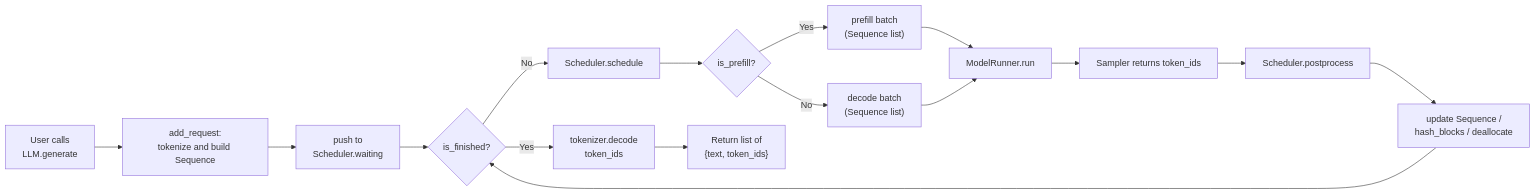
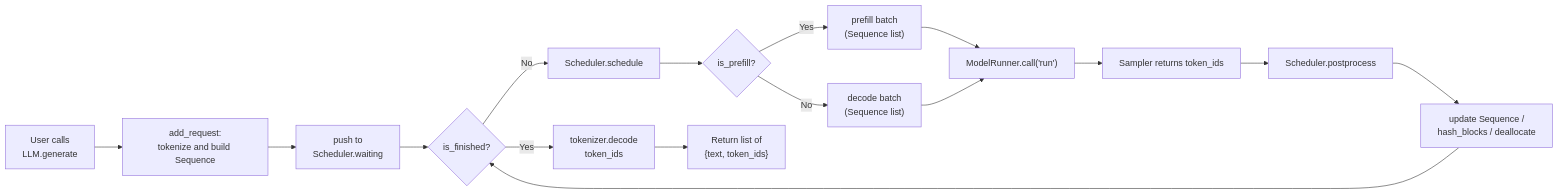
Before and after one commit to ForceInjection/nano-vllm: the fourth of 6 diagrams in docs/llm-inference-visual/slides/slides.01.md, drawn with Mermaid. The commit also changed other lines of this file and 8 other files, not shown here.

````diff
--- a/docs/llm-inference-visual/slides/slides.01.md
+++ b/docs/llm-inference-visual/slides/slides.01.md
@@ -387,18 +387,18 @@
 ```mermaid {scale: 0.33}
 flowchart LR
     A["User calls<br/>LLM.generate"] --> B["add_request:<br/>tokenize and build Sequence"]
     B --> C["push to<br/>Scheduler.waiting"]
     C --> D{is_finished?}
     D -- No --> E["Scheduler.schedule"]
     E --> F{is_prefill?}
     F -- Yes --> G["prefill batch<br/>(Sequence list)"]
     F -- No --> H["decode batch<br/>(Sequence list)"]
-    G --> I["ModelRunner.run"]
+    G --> I["ModelRunner.call('run')"]
     H --> I
     I --> J["Sampler returns token_ids"]
     J --> K["Scheduler.postprocess"]
     K --> L["update Sequence /<br/>hash_blocks / deallocate"]
     L --> D
     D -- Yes --> M["tokenizer.decode<br/>token_ids"]
     M --> N["Return list of<br/>{text, token_ids}"]
 ```
````
